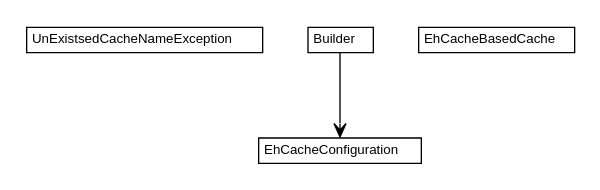
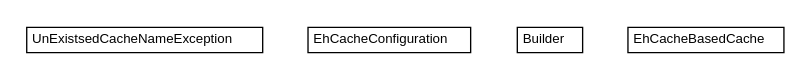
Before and after one commit to dayatang/dddlib: the diagram in dddlib-cache/dddlib-cache-ehcache/apidocs/org/dayatang/cache/ehcache/org.dayatang.cache.ehcache.dot, drawn with Graphviz. The commit also changed 87 other files, not shown here.

```diff
--- a/dddlib-cache/dddlib-cache-ehcache/apidocs/org/dayatang/cache/ehcache/org.dayatang.cache.ehcache.dot
+++ b/dddlib-cache/dddlib-cache-ehcache/apidocs/org/dayatang/cache/ehcache/org.dayatang.cache.ehcache.dot
@@ -1,38 +1,36 @@
 #!/usr/local/bin/dot
 #
 # Class diagram 
 # Generated by UMLGraph version R5_6_6-8-g8d7759 (http://www.umlgraph.org/)
 #
 
 digraph G {
 	edge [fontname="Helvetica",fontsize=10,labelfontname="Helvetica",labelfontsize=10];
 	node [fontname="Helvetica",fontsize=10,shape=plaintext];
 	nodesep=0.25;
 	ranksep=0.5;
 	// org.dayatang.cache.ehcache.UnExistsedCacheNameException
 	c0 [label=<<table title="org.dayatang.cache.ehcache.UnExistsedCacheNameException" border="0" cellborder="1" cellspacing="0" cellpadding="2" port="p" href="./UnExistsedCacheNameException.html">
 		<tr><td><table border="0" cellspacing="0" cellpadding="1">
 <tr><td align="center" balign="center"> UnExistsedCacheNameException </td></tr>
 		</table></td></tr>
 		</table>>, URL="./UnExistsedCacheNameException.html", fontname="Helvetica", fontcolor="black", fontsize=10.0];
 	// org.dayatang.cache.ehcache.EhCacheConfiguration
 	c1 [label=<<table title="org.dayatang.cache.ehcache.EhCacheConfiguration" border="0" cellborder="1" cellspacing="0" cellpadding="2" port="p" href="./EhCacheConfiguration.html">
 		<tr><td><table border="0" cellspacing="0" cellpadding="1">
 <tr><td align="center" balign="center"> EhCacheConfiguration </td></tr>
 		</table></td></tr>
 		</table>>, URL="./EhCacheConfiguration.html", fontname="Helvetica", fontcolor="black", fontsize=10.0];
 	// org.dayatang.cache.ehcache.EhCacheConfiguration.Builder
 	c2 [label=<<table title="org.dayatang.cache.ehcache.EhCacheConfiguration.Builder" border="0" cellborder="1" cellspacing="0" cellpadding="2" port="p" href="./EhCacheConfiguration.Builder.html">
 		<tr><td><table border="0" cellspacing="0" cellpadding="1">
 <tr><td align="center" balign="center"> Builder </td></tr>
 		</table></td></tr>
 		</table>>, URL="./EhCacheConfiguration.Builder.html", fontname="Helvetica", fontcolor="black", fontsize=10.0];
 	// org.dayatang.cache.ehcache.EhCacheBasedCache
 	c3 [label=<<table title="org.dayatang.cache.ehcache.EhCacheBasedCache" border="0" cellborder="1" cellspacing="0" cellpadding="2" port="p" href="./EhCacheBasedCache.html">
 		<tr><td><table border="0" cellspacing="0" cellpadding="1">
 <tr><td align="center" balign="center"> EhCacheBasedCache </td></tr>
 		</table></td></tr>
 		</table>>, URL="./EhCacheBasedCache.html", fontname="Helvetica", fontcolor="black", fontsize=10.0];
-	// org.dayatang.cache.ehcache.EhCacheConfiguration.Builder NAVASSOC org.dayatang.cache.ehcache.EhCacheConfiguration
-	c2:p -> c1:p [taillabel="", label=" "headlabel="", fontname="Helvetica", fontcolor="black", fontsize=10.0, color="black", arrowhead=open];
 }
```
